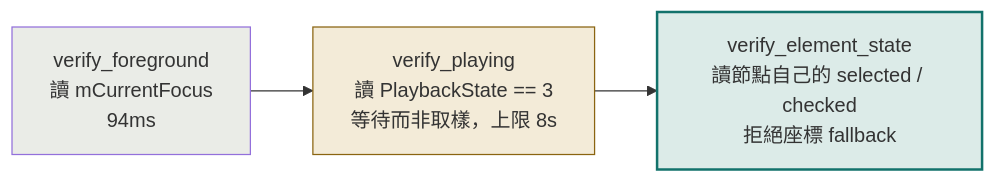
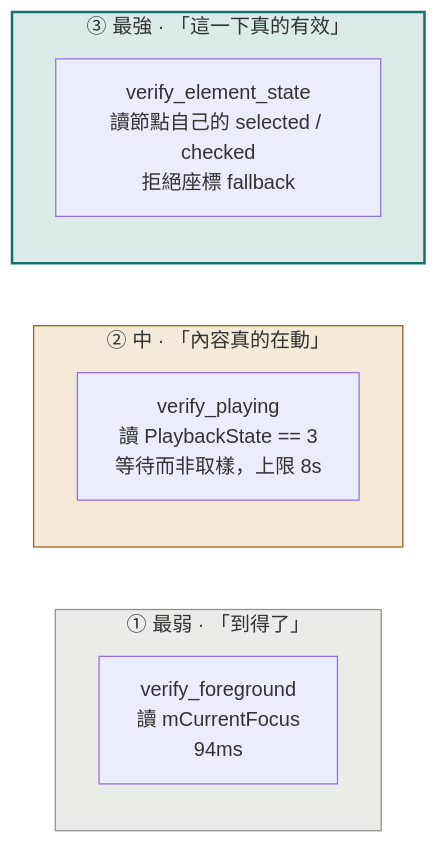
Before and after one commit to RicherEric/AutoPerf: the sixth of 7 diagrams in docs/DEVICE_TESTING_zh-TW.md, drawn with Mermaid. The commit also changed other lines of this file and 1 other file, not shown here.

````diff
--- a/docs/DEVICE_TESTING_zh-TW.md
+++ b/docs/DEVICE_TESTING_zh-TW.md
@@ -240,8 +362,16 @@
 ```mermaid
 flowchart LR
-    W["verify_foreground<br/>讀 mCurrentFocus<br/>94ms"] --> M["verify_playing<br/>讀 PlaybackState == 3<br/>等待而非取樣，上限 8s"] --> S["verify_element_state<br/>讀節點自己的 selected / checked<br/>拒絕座標 fallback"]
+    subgraph w["① 最弱 · 「到得了」"]
+        W["verify_foreground<br/>讀 mCurrentFocus<br/>94ms"]
+    end
+    subgraph m["② 中 · 「內容真的在動」"]
+        M["verify_playing<br/>讀 PlaybackState == 3<br/>等待而非取樣，上限 8s"]
+    end
+    subgraph s["③ 最強 · 「這一下真的有效」"]
+        S["verify_element_state<br/>讀節點自己的 selected / checked<br/>拒絕座標 fallback"]
+    end
 
-    style W fill:#eaece7
-    style M fill:#f3ebd8,stroke:#8a6410
-    style S fill:#dcebe8,stroke:#12726b,stroke-width:2px
+    style w fill:#eaece7,stroke:#8f8f8f
+    style m fill:#f3ebd8,stroke:#8a6410
+    style s fill:#dcebe8,stroke:#12726b,stroke-width:2px
 ```
````
